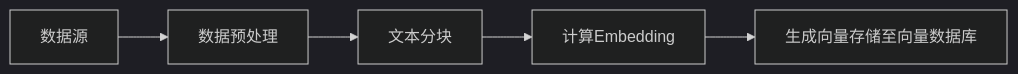
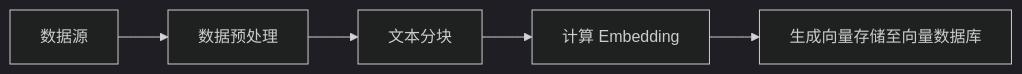
The first of 2 diagrams in slides.md (lumiseven/langflow_demo_20250414), drawn with Mermaid (dark theme) before and after one commit. The commit also changed other lines of this file and 2 other files, not shown here.

````diff
--- a/slides.md
+++ b/slides.md
@@ -177,7 +194,7 @@
 ```mermaid
 graph LR
     A[数据源] --> B[数据预处理]
     B --> C[文本分块]
-    C --> D[计算Embedding]
+    C --> D[计算 Embedding ]
     D --> E[生成向量存储至向量数据库]
 ```
````
